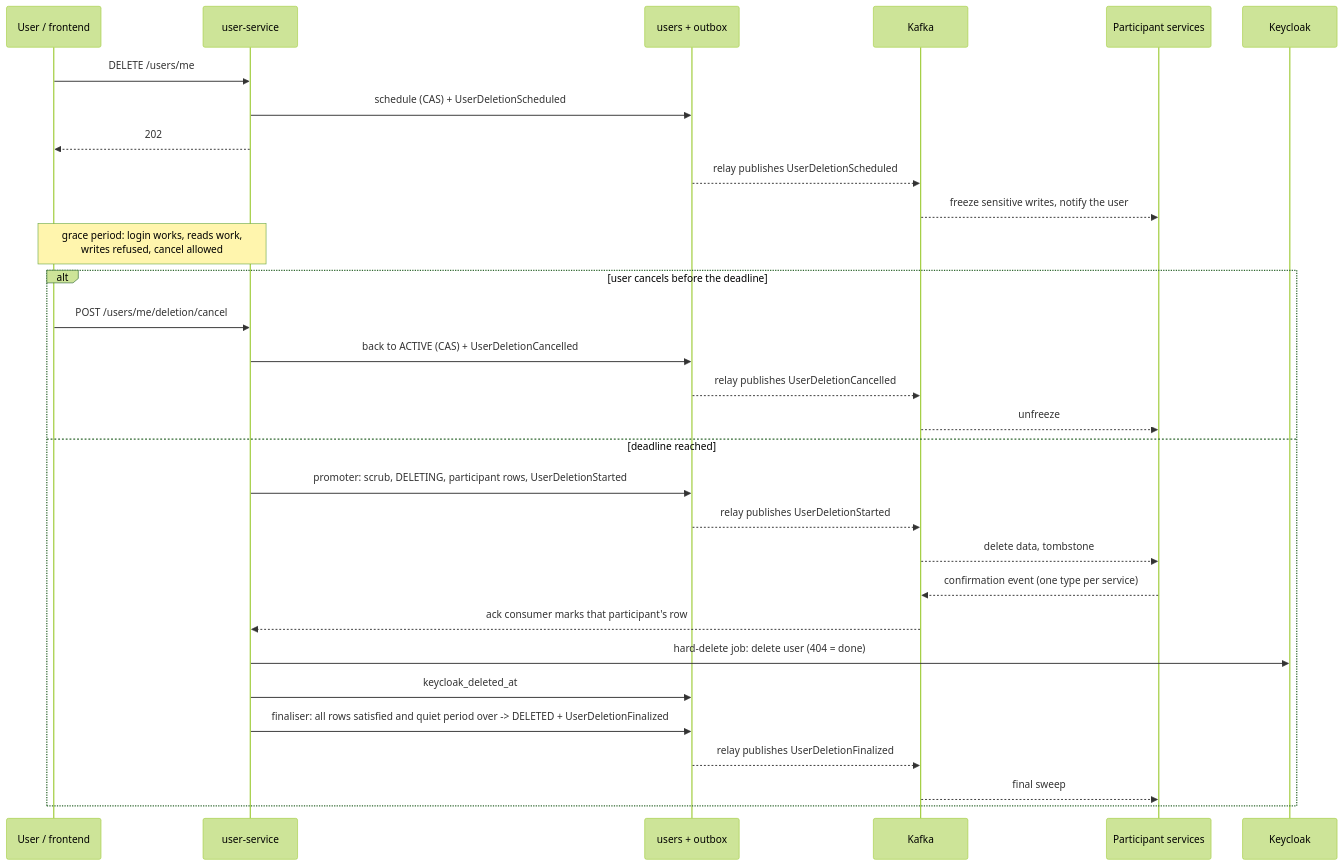
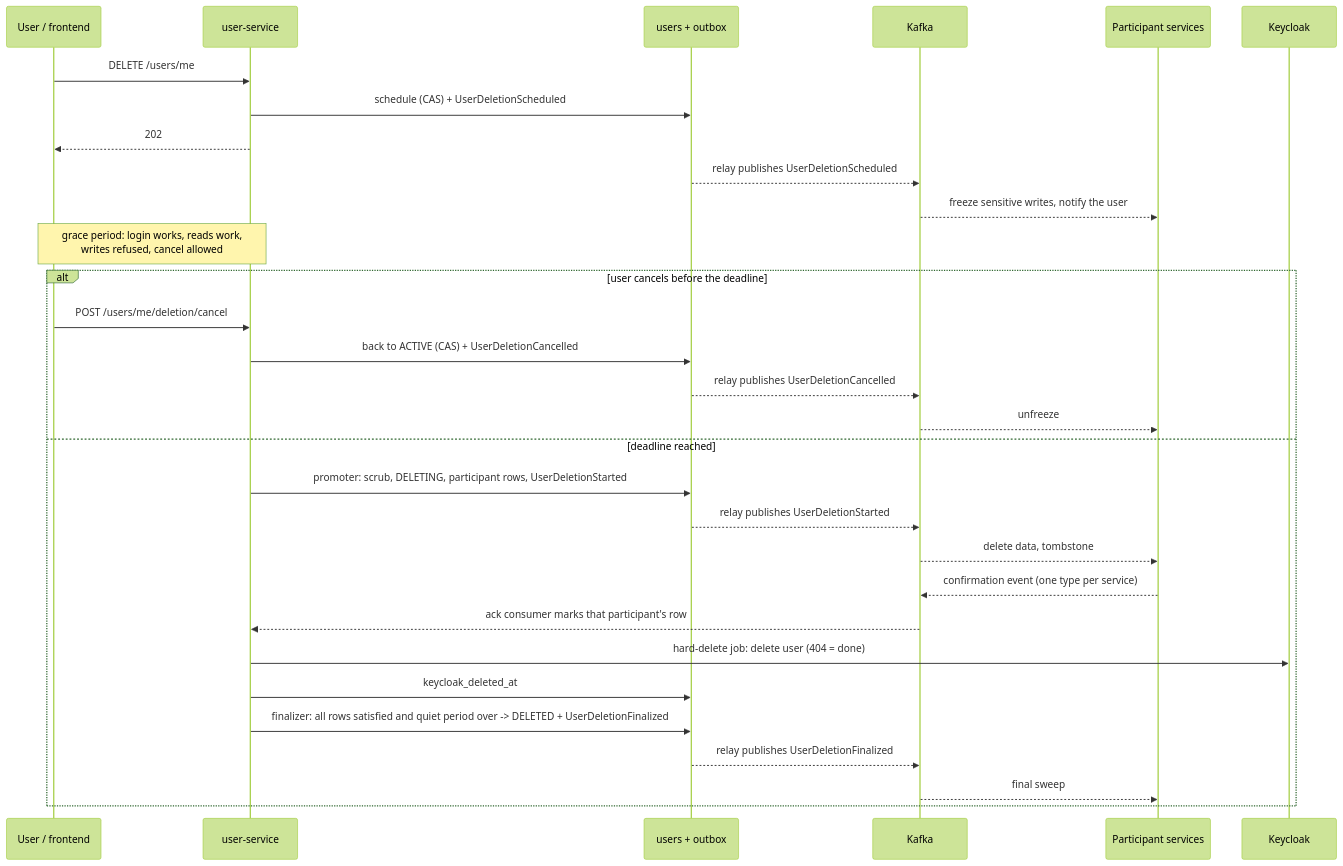
One commit to Cagritasoz/home-energy-tracker changed the second of 2 diagrams in docs/design/03-account-deletion-saga.md. Above: the diagram before and after it, drawn with Mermaid (forest theme). The commit also changed other lines of this file and 9 other files, not shown here.

````diff
--- a/docs/design/03-account-deletion-saga.md
+++ b/docs/design/03-account-deletion-saga.md
@@ -151,33 +151,33 @@
 ```mermaid
 sequenceDiagram
     participant U as User / frontend
     participant S as user-service
     participant DB as users + outbox
     participant K as Kafka
     participant P as Participant services
     participant KC as Keycloak
 
     U->>S: DELETE /users/me
     S->>DB: schedule (CAS) + UserDeletionScheduled
     S-->>U: 202
     DB-->>K: relay publishes UserDeletionScheduled
     K-->>P: freeze sensitive writes, notify the user
     Note over U,S: grace period: login works, reads work,<br/>writes refused, cancel allowed
     alt user cancels before the deadline
         U->>S: POST /users/me/deletion/cancel
         S->>DB: back to ACTIVE (CAS) + UserDeletionCancelled
         DB-->>K: relay publishes UserDeletionCancelled
         K-->>P: unfreeze
     else deadline reached
         S->>DB: promoter: scrub, DELETING, participant rows, UserDeletionStarted
         DB-->>K: relay publishes UserDeletionStarted
         K-->>P: delete data, tombstone
         P-->>K: confirmation event (one type per service)
         K-->>S: ack consumer marks that participant's row
         S->>KC: hard-delete job: delete user (404 = done)
         S->>DB: keycloak_deleted_at
-        S->>DB: finaliser: all rows satisfied and quiet period over -> DELETED + UserDeletionFinalized
+        S->>DB: finalizer: all rows satisfied and quiet period over -> DELETED + UserDeletionFinalized
         DB-->>K: relay publishes UserDeletionFinalized
         K-->>P: final sweep
     end
 ```
````
